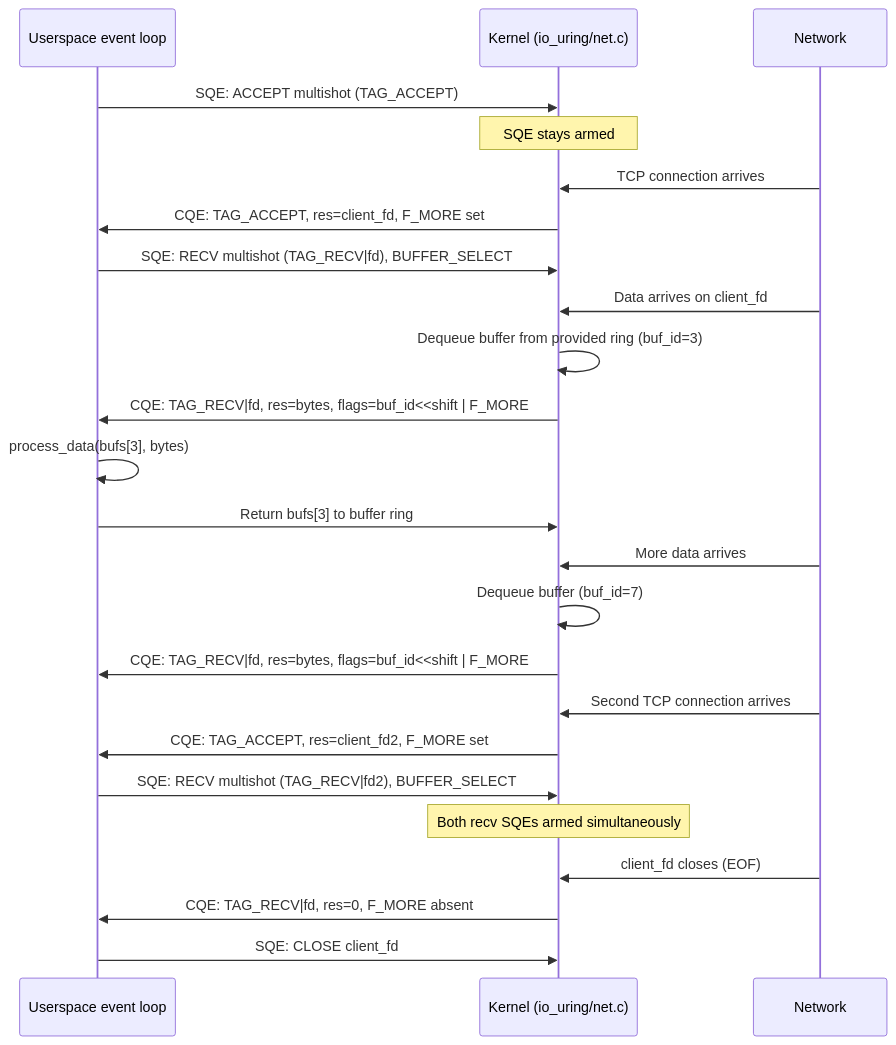
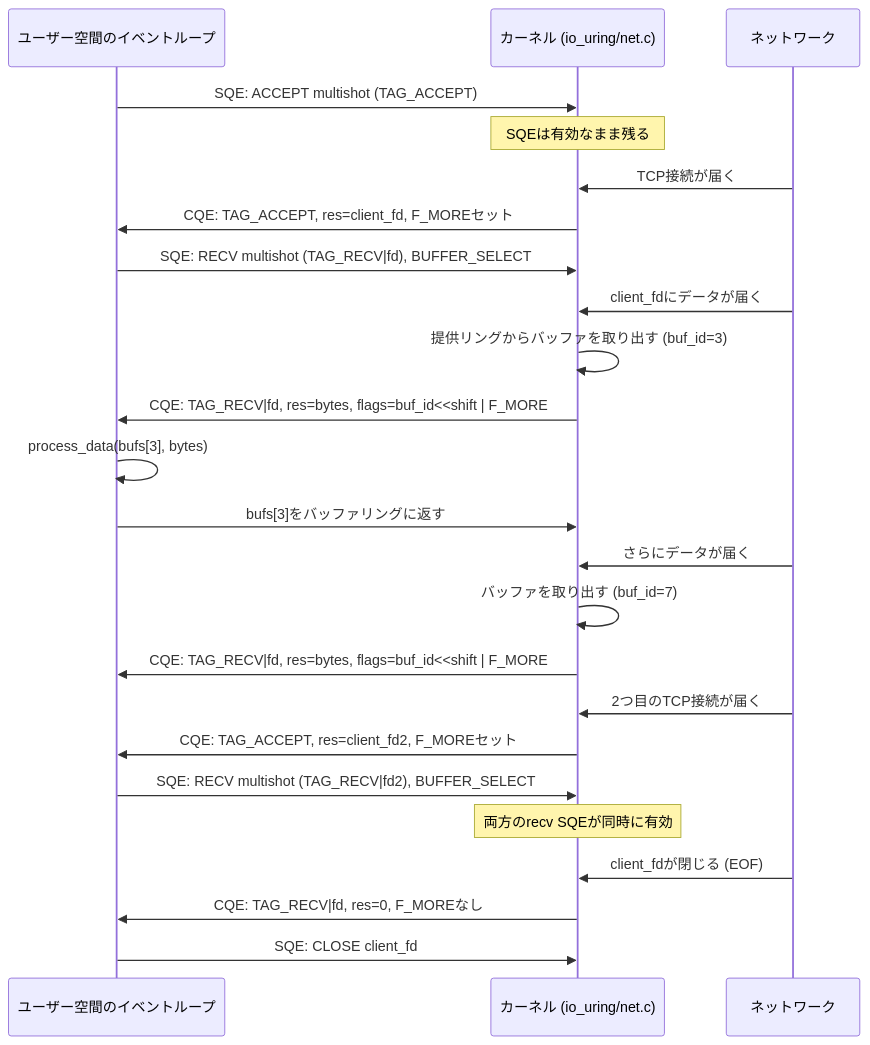
One commit to doguto/linux-kernel-internals-jp changed the diagram in docs/io-uring/networking.md. Above: the diagram before and after it, drawn with Mermaid. The commit also changed other lines of this file and 7 other files, not shown here.

````diff
--- a/docs/io-uring/networking.md
+++ b/docs/io-uring/networking.md
@@ -538,33 +538,33 @@
 ```mermaid
 sequenceDiagram
-    participant U as Userspace event loop
-    participant K as Kernel (io_uring/net.c)
-    participant N as Network
+    participant U as ユーザー空間のイベントループ
+    participant K as カーネル (io_uring/net.c)
+    participant N as ネットワーク
 
     U->>K: SQE: ACCEPT multishot (TAG_ACCEPT)
-    Note over K: SQE stays armed
+    Note over K: SQEは有効なまま残る
 
-    N->>K: TCP connection arrives
-    K->>U: CQE: TAG_ACCEPT, res=client_fd, F_MORE set
+    N->>K: TCP接続が届く
+    K->>U: CQE: TAG_ACCEPT, res=client_fd, F_MOREセット
     U->>K: SQE: RECV multishot (TAG_RECV|fd), BUFFER_SELECT
 
-    N->>K: Data arrives on client_fd
-    K->>K: Dequeue buffer from provided ring (buf_id=3)
+    N->>K: client_fdにデータが届く
+    K->>K: 提供リングからバッファを取り出す (buf_id=3)
     K->>U: CQE: TAG_RECV|fd, res=bytes, flags=buf_id<<shift | F_MORE
     U->>U: process_data(bufs[3], bytes)
-    U->>K: Return bufs[3] to buffer ring
+    U->>K: bufs[3]をバッファリングに返す
 
-    N->>K: More data arrives
-    K->>K: Dequeue buffer (buf_id=7)
+    N->>K: さらにデータが届く
+    K->>K: バッファを取り出す (buf_id=7)
     K->>U: CQE: TAG_RECV|fd, res=bytes, flags=buf_id<<shift | F_MORE
 
-    N->>K: Second TCP connection arrives
-    K->>U: CQE: TAG_ACCEPT, res=client_fd2, F_MORE set
+    N->>K: 2つ目のTCP接続が届く
+    K->>U: CQE: TAG_ACCEPT, res=client_fd2, F_MOREセット
     U->>K: SQE: RECV multishot (TAG_RECV|fd2), BUFFER_SELECT
 
-    Note over K: Both recv SQEs armed simultaneously
+    Note over K: 両方のrecv SQEが同時に有効
 
-    N->>K: client_fd closes (EOF)
-    K->>U: CQE: TAG_RECV|fd, res=0, F_MORE absent
+    N->>K: client_fdが閉じる (EOF)
+    K->>U: CQE: TAG_RECV|fd, res=0, F_MOREなし
     U->>K: SQE: CLOSE client_fd
 ```
````
